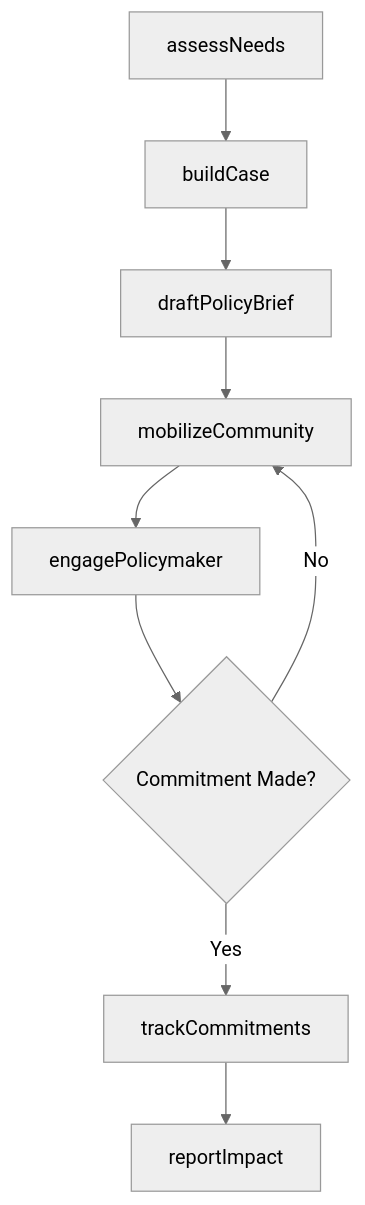
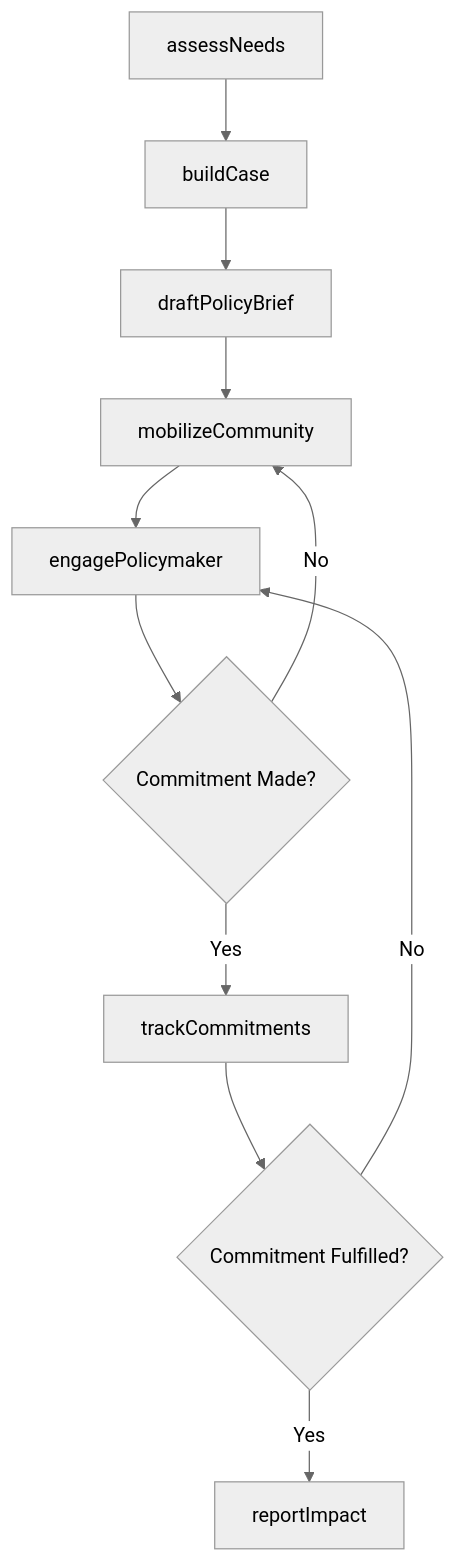
Before and after one commit to dot-org-ai/tasks.org.ai: the third of 4 diagrams in SellingOrInfluencingOthers/AdvocateForIndividualOrCommunityNeeds/AdvocateIndividualCommunityNeeds.mdx, drawn with Mermaid (neutral theme). The commit also changed other lines of this file and 504 other files, not shown here.

First line of the commit message:
feat: Add ER diagrams, state diagrams, and workflow improvements to 96 DWA task files

````diff
--- a/SellingOrInfluencingOthers/AdvocateForIndividualOrCommunityNeeds/AdvocateIndividualCommunityNeeds.mdx
+++ b/SellingOrInfluencingOthers/AdvocateForIndividualOrCommunityNeeds/AdvocateIndividualCommunityNeeds.mdx
@@ -89,11 +118,13 @@
 ```mermaid
 graph TD
     A[assessNeeds] --> B[buildCase]
     B --> C[draftPolicyBrief]
     C --> D[mobilizeCommunity]
     D --> E[engagePolicymaker]
     E --> F{Commitment Made?}
     F -->|Yes| G[trackCommitments]
     F -->|No| D
-    G --> H[reportImpact]
+    G --> H{Commitment Fulfilled?}
+    H -->|Yes| I[reportImpact]
+    H -->|No| E
 ```
````
